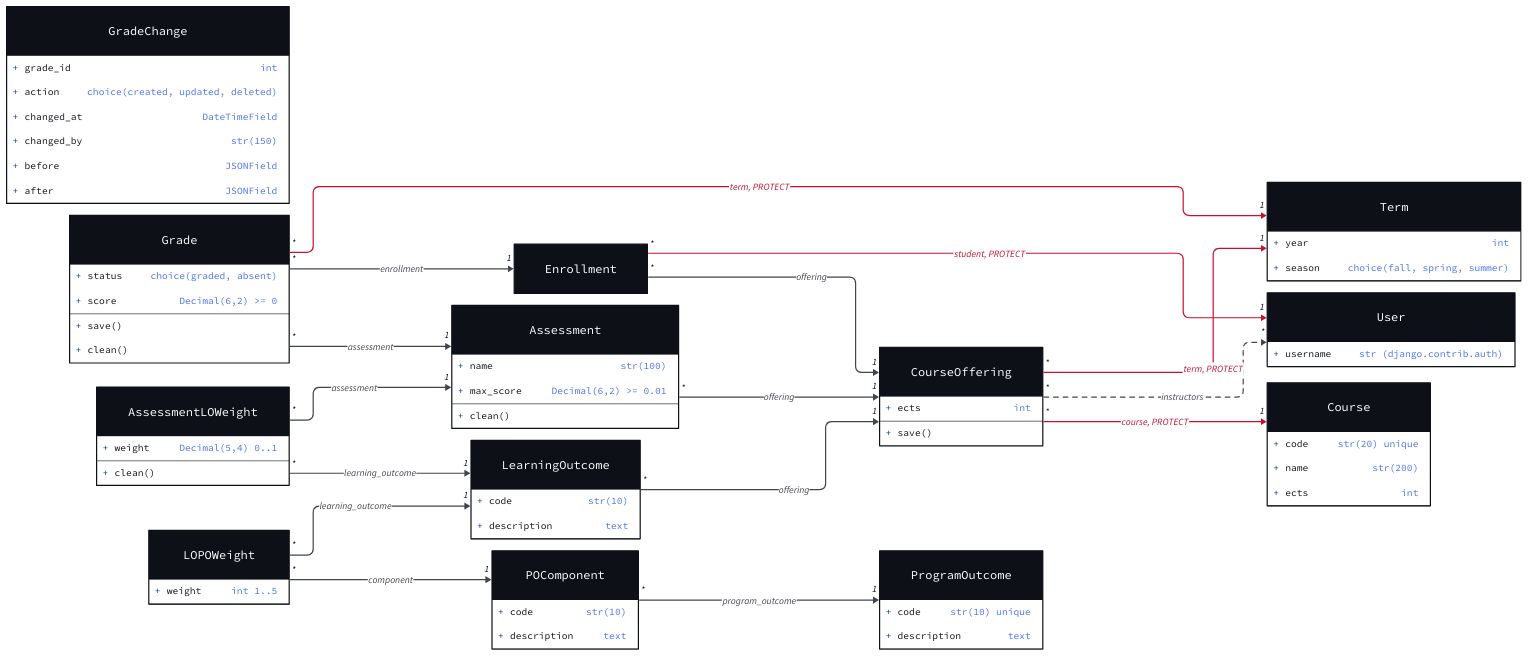
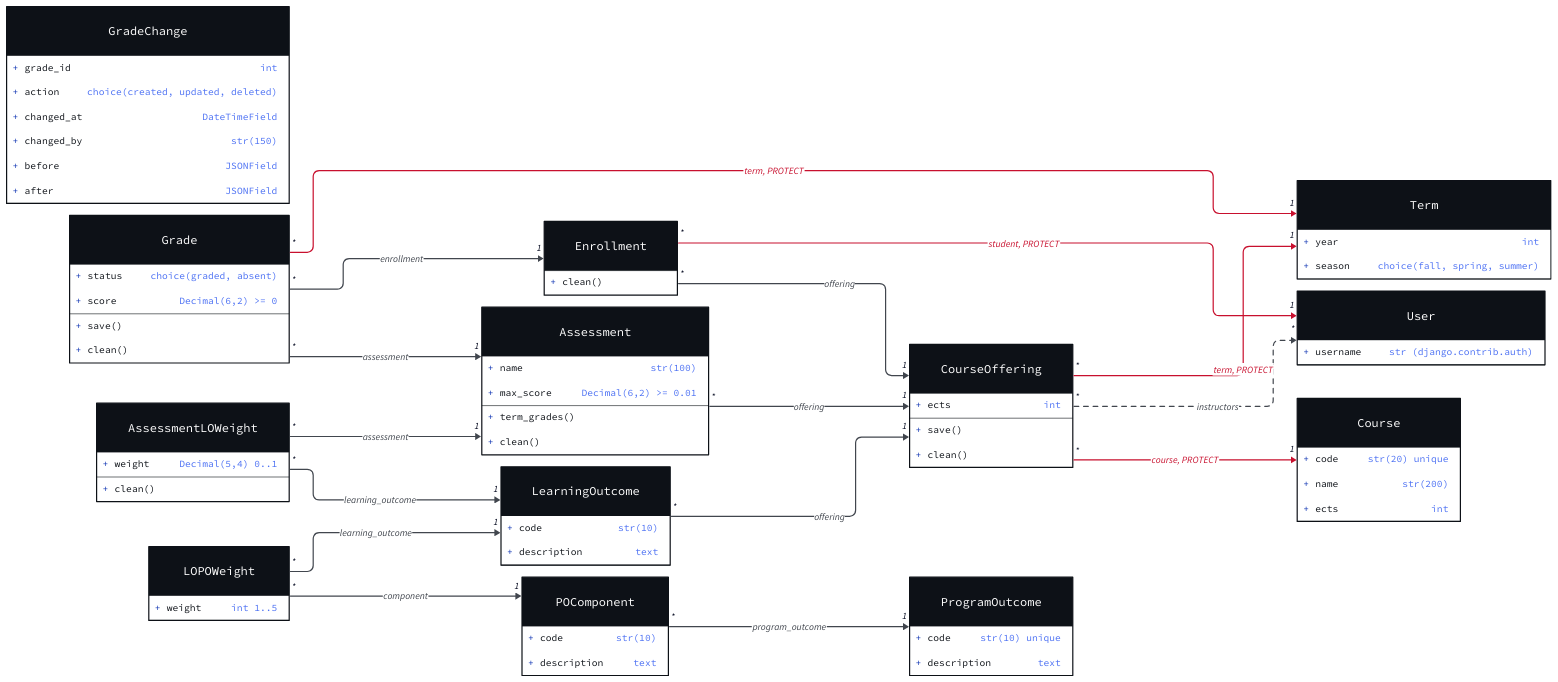
The diagram in docs/classes.d2 (rmz-oz/aculator), drawn with D2 before and after one commit. The commit also changed 17 other files, not shown here.

Commit message:
Partition grades by term (#33, step 2) (#113)

```diff
--- a/docs/classes.d2
+++ b/docs/classes.d2
@@ -65,6 +65,7 @@
   shape: class
   "ects": "int"
   "save()": ""
+  "clean()": ""
   style: {
     fill: "#0D1117"
     stroke: "#FFFFFF"
@@ -89,6 +90,7 @@
   shape: class
   "name": "str(100)"
   "max_score": "Decimal(6,2) >= 0.01"
+  "term_grades()": ""
   "clean()": ""
   style: {
     fill: "#0D1117"
@@ -100,6 +102,7 @@
 
 Enrollment: {
   shape: class
+  "clean()": ""
   style: {
     fill: "#0D1117"
     stroke: "#FFFFFF"
```
